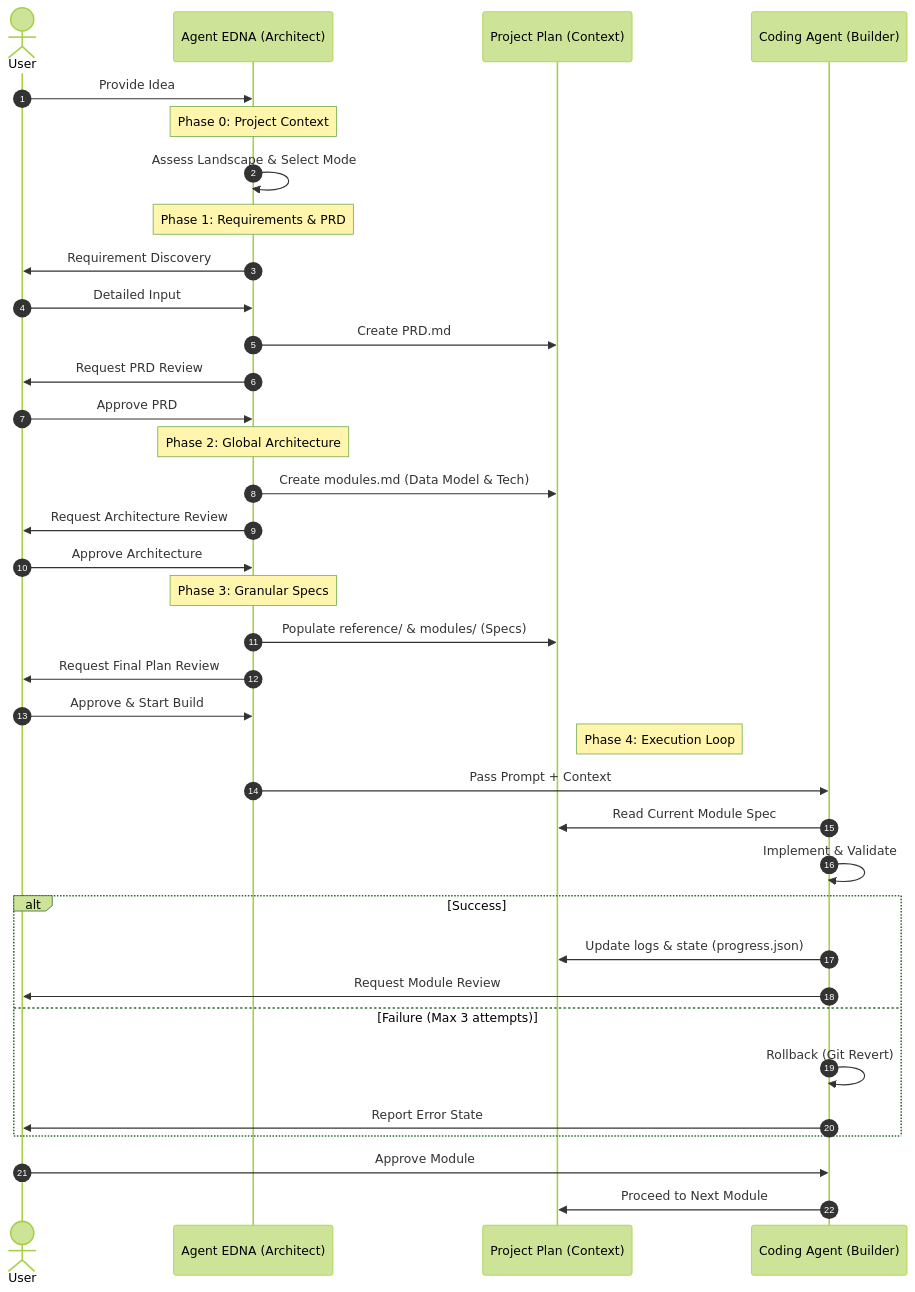
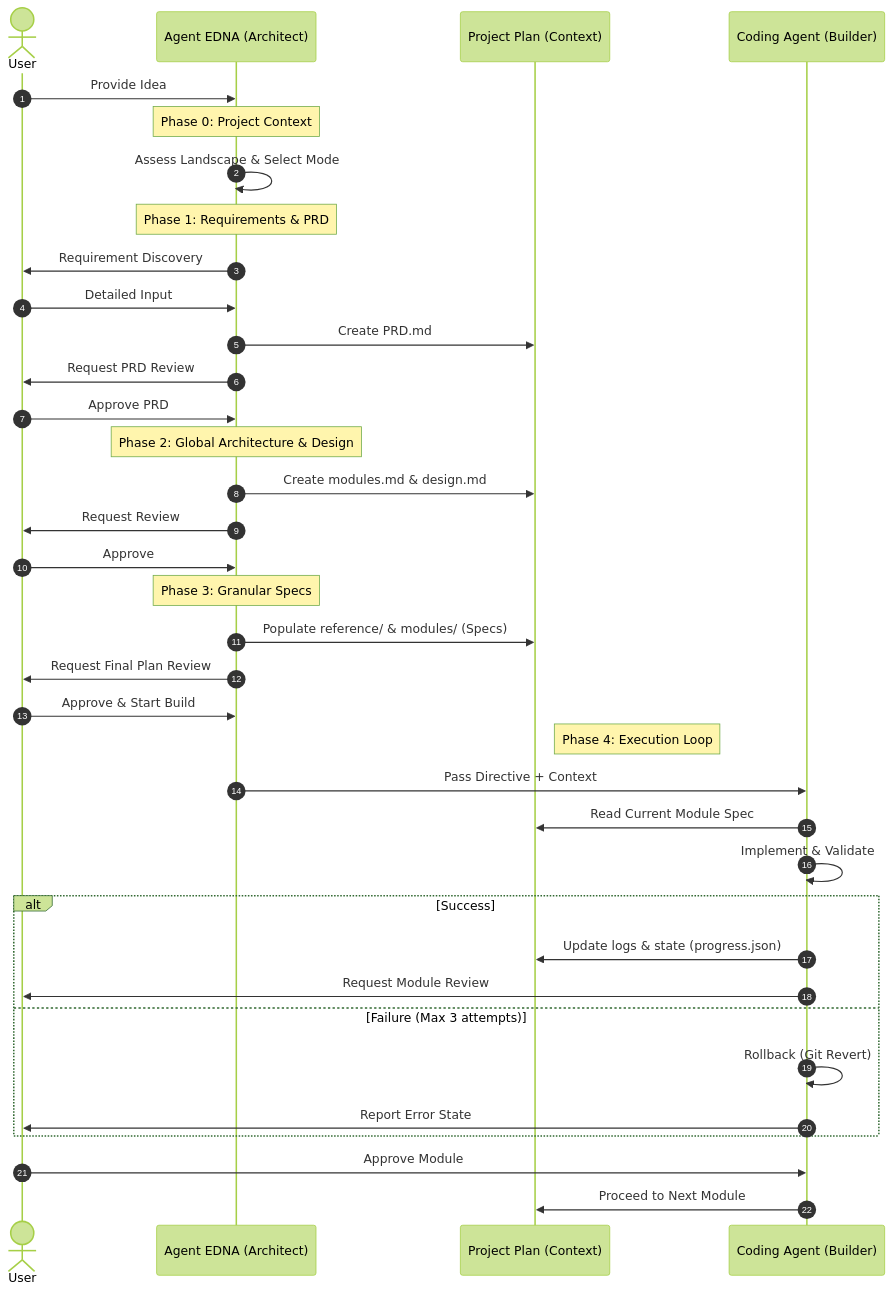
One commit to arinadi/EDNA changed the diagram in how_it_works.md. Above: the diagram before and after it, drawn with Mermaid (forest theme). The commit also changed other lines of this file and 1 other file, not shown here.

First line of the commit message:
docs: sync README and how_it_works with refactored architecture

````diff
--- a/how_it_works.md
+++ b/how_it_works.md
@@ -74,46 +75,46 @@
 ```mermaid
 sequenceDiagram
     autonumber
     actor User
     participant EDNA as Agent EDNA (Architect)
     participant Plan as Project Plan (Context)
     participant Coder as Coding Agent (Builder)
 
     User->>EDNA: Provide Idea
     
     Note over EDNA: Phase 0: Project Context
     EDNA->>EDNA: Assess Landscape & Select Mode
     
     Note over EDNA: Phase 1: Requirements & PRD
     EDNA->>User: Requirement Discovery
     User->>EDNA: Detailed Input
     EDNA->>Plan: Create PRD.md
     EDNA->>User: Request PRD Review
     User->>EDNA: Approve PRD
     
-    Note over EDNA: Phase 2: Global Architecture
-    EDNA->>Plan: Create modules.md (Data Model & Tech)
-    EDNA->>User: Request Architecture Review
-    User->>EDNA: Approve Architecture
+    Note over EDNA: Phase 2: Global Architecture & Design
+    EDNA->>Plan: Create modules.md & design.md
+    EDNA->>User: Request Review
+    User->>EDNA: Approve
     
     Note over EDNA: Phase 3: Granular Specs
     EDNA->>Plan: Populate reference/ & modules/ (Specs)
     
     EDNA->>User: Request Final Plan Review
     User->>EDNA: Approve & Start Build
     
     Note right of Plan: Phase 4: Execution Loop
-    EDNA->>Coder: Pass Prompt + Context
+    EDNA->>Coder: Pass Directive + Context
     Coder->>Plan: Read Current Module Spec
     Coder->>Coder: Implement & Validate
     alt Success
         Coder->>Plan: Update logs & state (progress.json)
         Coder->>User: Request Module Review
     else Failure (Max 3 attempts)
         Coder->>Coder: Rollback (Git Revert)
         Coder->>User: Report Error State
     end
     
     User->>Coder: Approve Module
     Coder->>Plan: Proceed to Next Module
 ```
````
